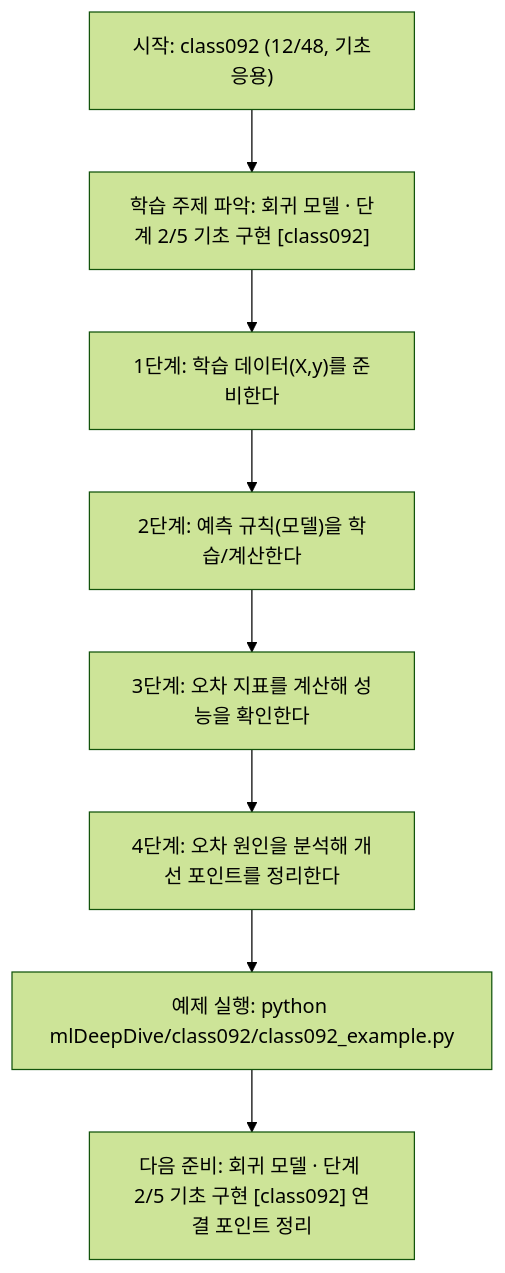
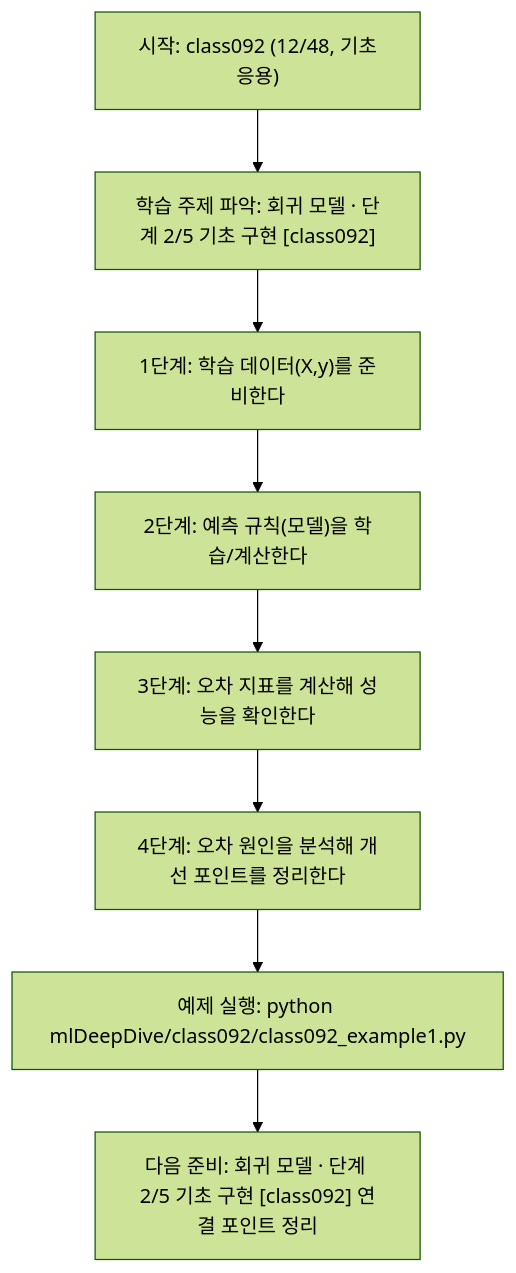
The diagram in mlDeepDive/class092/class092.md (edumgt/Python-AI_Agent-Class), drawn with Mermaid (forest theme) before and after one commit. The commit also changed other lines of this file and 2959 other files, not shown here.

````diff
--- a/mlDeepDive/class092/class092.md
+++ b/mlDeepDive/class092/class092.md
@@ -109,18 +109,18 @@
 ```mermaid
 flowchart TD
 N1["시작: class092 (12/48, 기초응용)"]
 N2["학습 주제 파악: 회귀 모델 · 단계 2/5 기초 구현 [class092]"]
 N3["1단계: 학습 데이터(X,y)를 준비한다"]
 N4["2단계: 예측 규칙(모델)을 학습/계산한다"]
 N5["3단계: 오차 지표를 계산해 성능을 확인한다"]
 N6["4단계: 오차 원인을 분석해 개선 포인트를 정리한다"]
-N7["예제 실행: python mlDeepDive/class092/class092_example.py"]
+N7["예제 실행: python mlDeepDive/class092/class092_example1.py"]
 N8["다음 준비: 회귀 모델 · 단계 2/5 기초 구현 [class092] 연결 포인트 정리"]
 N1 --> N2
 N2 --> N3
 N3 --> N4
 N4 --> N5
 N5 --> N6
 N6 --> N7
 N7 --> N8
 ```
````
